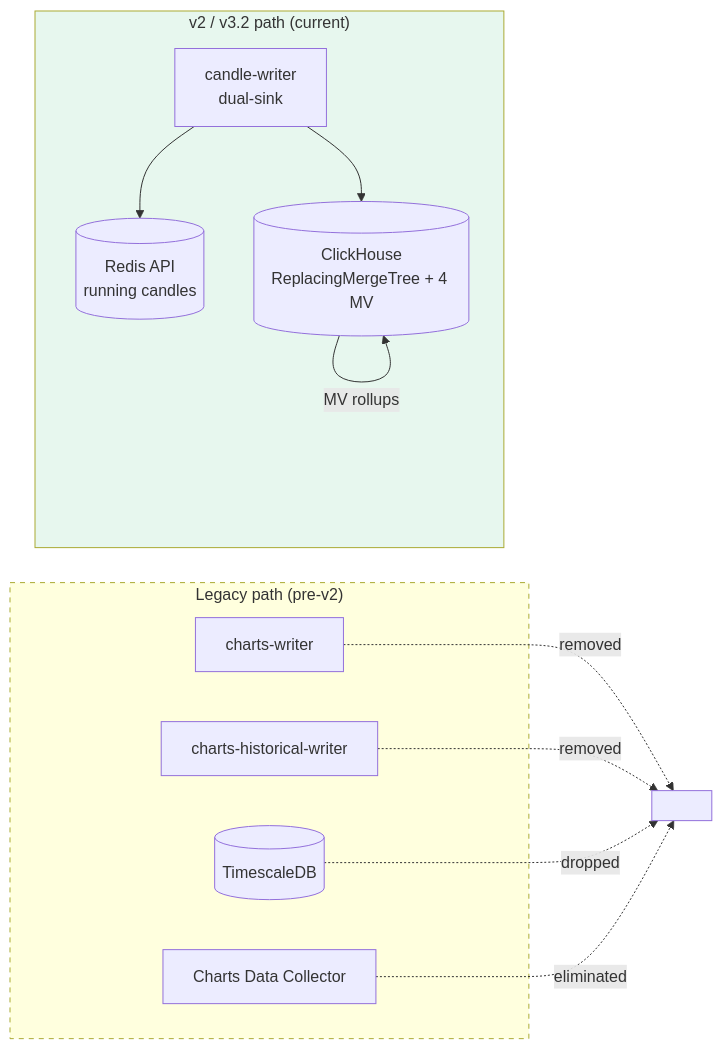
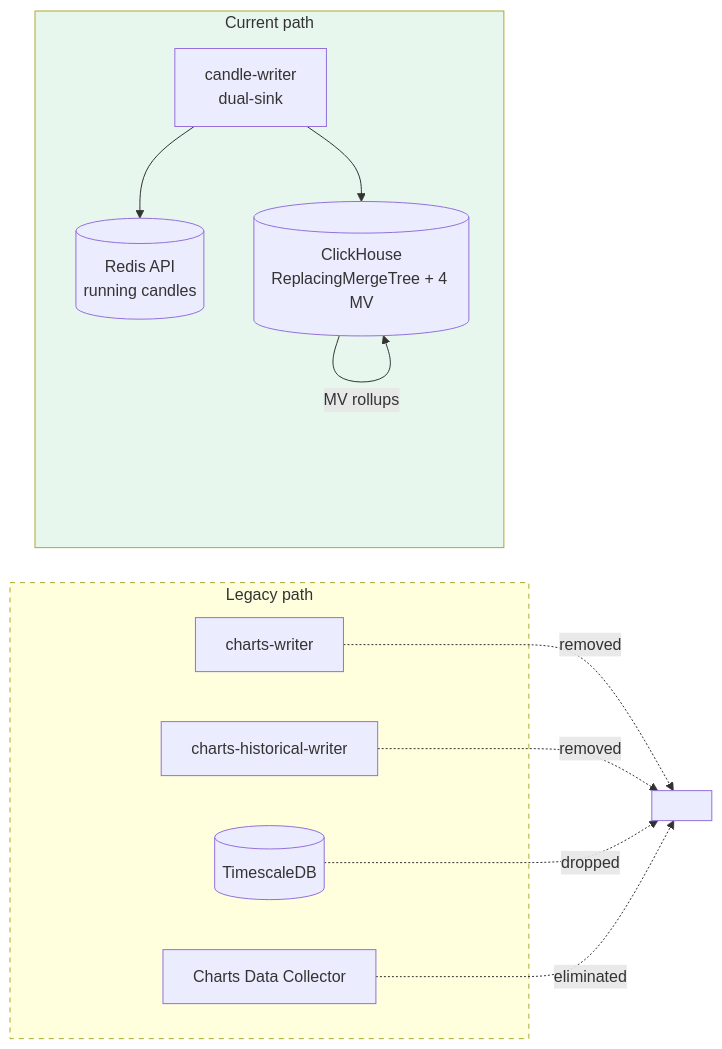
One commit to girishkumarm/mde-docs-preview changed the diagram in migration/overview.mdx. Above: the diagram before and after it, drawn with Mermaid. The commit also changed other lines of this file and 9 other files, not shown here.

````diff
--- a/migration/overview.mdx
+++ b/migration/overview.mdx
@@ -23,27 +23,27 @@
 ```mermaid
 flowchart LR
-  subgraph Legacy["Legacy path (pre-v2)"]
+  subgraph Legacy["Legacy path"]
     cw1[charts-writer]
     chw1[charts-historical-writer]
     ts[(TimescaleDB)]
     cdc[Charts Data Collector]
   end
 
-  subgraph V2["v2 / v3.2 path (current)"]
+  subgraph V2["Current path"]
     cw2[candle-writer<br/>dual-sink]
     ra[(Redis API<br/>running candles)]
     ch[(ClickHouse<br/>ReplacingMergeTree + 4 MV)]
   end
 
   cw1 -.removed.-> X1[ ]
   chw1 -.removed.-> X1
   ts -.dropped.-> X1
   cdc -.eliminated.-> X1
 
   cw2 --> ra
   cw2 --> ch
   ch -- MV rollups --> ch
 
   style Legacy stroke-dasharray: 5 5
   style V2 fill:#e7f7ee
 ```
````
